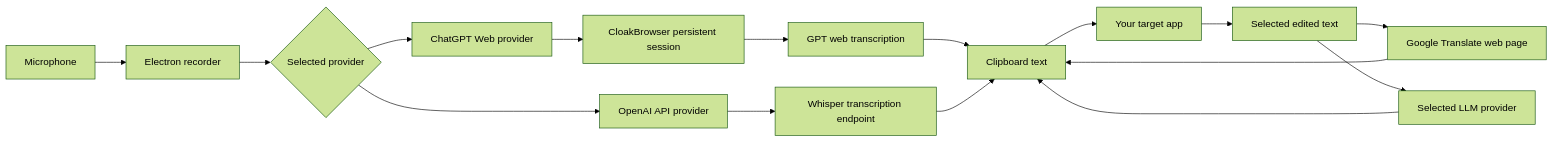
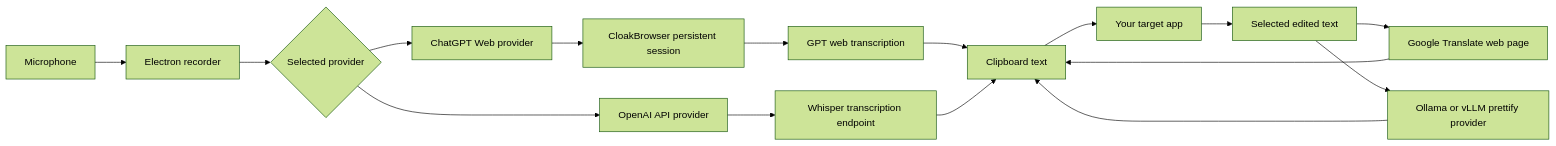
The diagram in README.md (swimmwatch/gpt-voice), drawn with Mermaid (forest theme) before and after one commit. The commit also changed other lines of this file and 32 other files, not shown here.

Commit message:
feat: add Ollama and vLLM prettify providers

````diff
--- a/README.md
+++ b/README.md
@@ -52,18 +52,18 @@
 ```mermaid
 flowchart LR
   Mic[Microphone] --> Recorder[Electron recorder]
   Recorder --> Provider{Selected provider}
   Provider --> Web[ChatGPT Web provider]
   Web --> Browser[CloakBrowser persistent session]
   Browser --> ChatGPT[GPT web transcription]
   Provider --> API[OpenAI API provider]
   API --> Whisper[Whisper transcription endpoint]
   ChatGPT --> Clipboard[Clipboard text]
   Whisper --> Clipboard
   Clipboard --> Editor[Your target app]
   Editor --> Selection[Selected edited text]
   Selection --> Google[Google Translate web page]
-  Selection --> LLM[Selected LLM provider]
+  Selection --> LLM[Ollama or vLLM prettify provider]
   Google --> Clipboard
   LLM --> Clipboard
 ```
````
